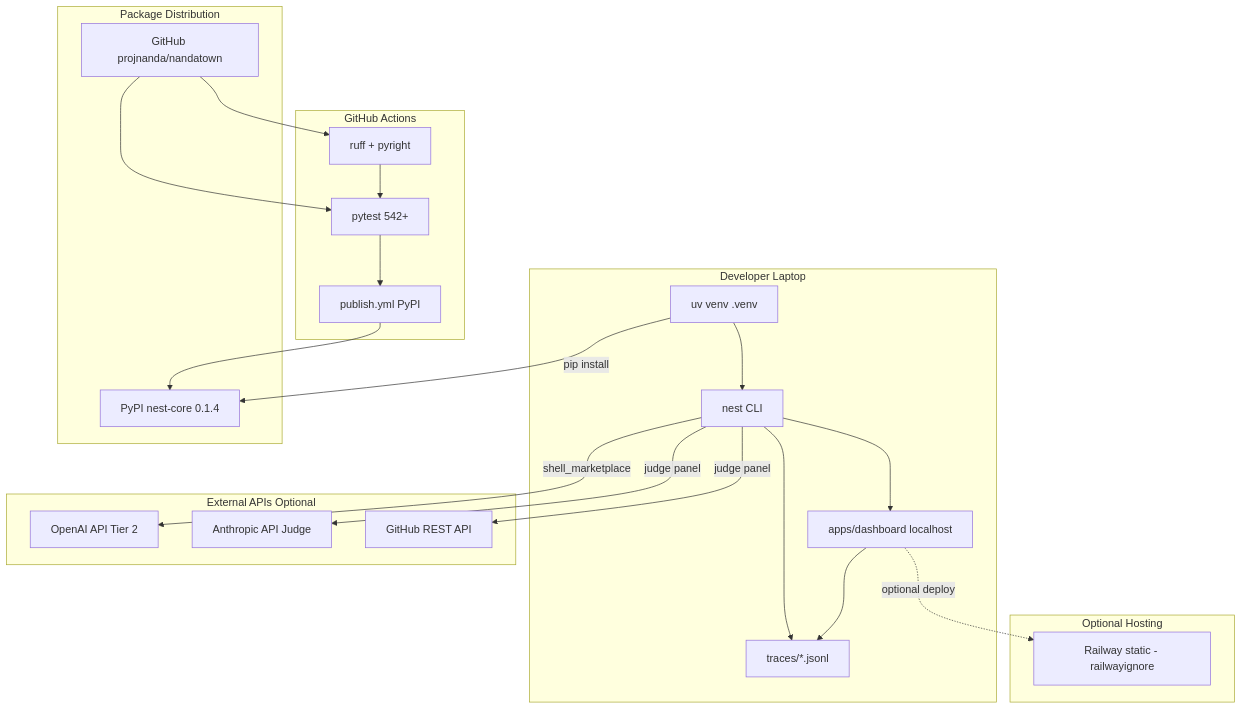
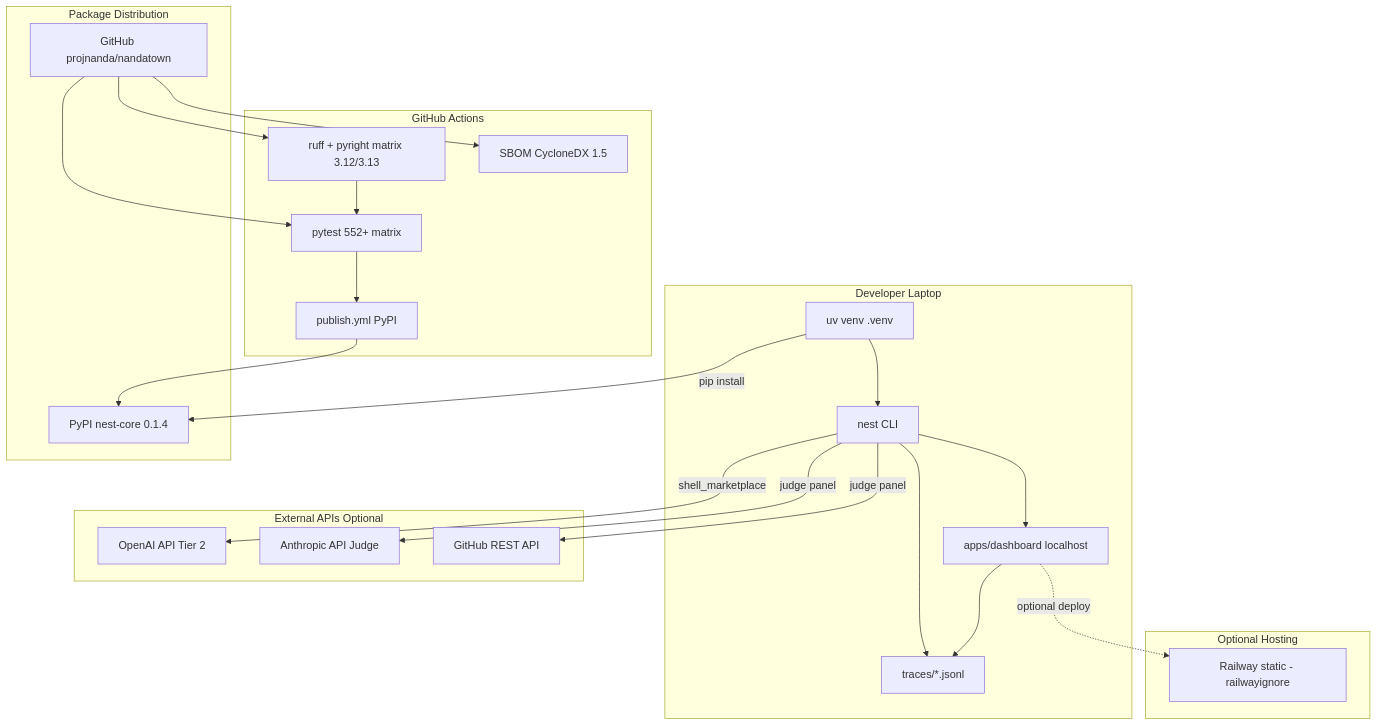
One commit to mariagorskikh/nest changed diagram 14 of 21 in docs/ENTERPRISE_AUDIT.md. Above: the diagram before and after it, drawn with Mermaid. The commit also changed other lines of this file, not shown here.

````diff
--- a/docs/ENTERPRISE_AUDIT.md
+++ b/docs/ENTERPRISE_AUDIT.md
@@ -604,45 +606,47 @@
 ```mermaid
 flowchart TB
     subgraph dev [Developer Laptop]
         DevEnv[uv venv .venv]
         NestCLI[nest CLI]
         Traces[traces/*.jsonl]
         Dash[apps/dashboard localhost]
     end
 
     subgraph cicd [GitHub Actions]
-        LintJob[ruff + pyright]
-        TestJob[pytest 542+]
+        LintJob[ruff + pyright matrix 3.12/3.13]
+        TestJob[pytest 552+ matrix]
+        SbomJob[SBOM CycloneDX 1.5]
         PublishJob[publish.yml PyPI]
     end
 
     subgraph registry [Package Distribution]
         PyPI[PyPI nest-core 0.1.4]
         GHRepo[GitHub projnanda/nandatown]
     end
 
     subgraph external_apis [External APIs Optional]
         OpenAI[OpenAI API Tier 2]
         Anthropic[Anthropic API Judge]
         GitHubAPI[GitHub REST API]
     end
 
     subgraph optional_host [Optional Hosting]
         Railway[Railway static - railwayignore]
     end
 
     DevEnv --> NestCLI
     NestCLI --> Traces
     NestCLI --> Dash
     Dash --> Traces
     GHRepo --> LintJob
     GHRepo --> TestJob
+    GHRepo --> SbomJob
     LintJob --> TestJob
     TestJob --> PublishJob
     PublishJob --> PyPI
     DevEnv -->|pip install| PyPI
     NestCLI -->|shell_marketplace| OpenAI
     NestCLI -->|judge panel| Anthropic
     NestCLI -->|judge panel| GitHubAPI
     Dash -.->|optional deploy| Railway
 ```
````
